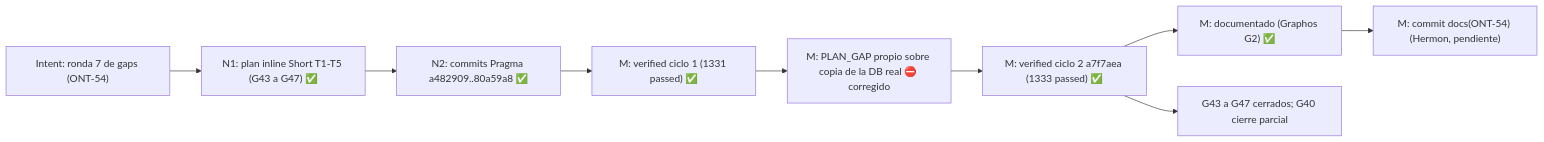
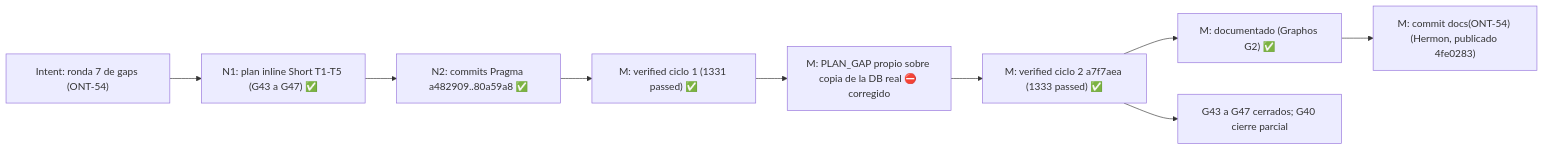
Diagram 17 of 25 in docs/MILESTONES.md (ancrz/agent-execution-plane), drawn with Mermaid before and after one commit. The commit also changed other lines of this file and 5 other files, not shown here.

````diff
--- a/docs/MILESTONES.md
+++ b/docs/MILESTONES.md
@@ -623,11 +623,11 @@
 ```mermaid
 flowchart LR
     I21["Intent: ronda 7 de gaps (ONT-54)"] --> N1["N1: plan inline Short T1-T5 (G43 a G47) ✅"]
     N1 --> N2["N2: commits Pragma a482909..80a59a8 ✅"]
     N2 --> V1["M: verified ciclo 1 (1331 passed) ✅"]
     V1 --> P1["M: PLAN_GAP propio sobre copia de la DB real ⛔ corregido"]
     P1 --> V2["M: verified ciclo 2 a7f7aea (1333 passed) ✅"]
     V2 --> D21["M: documentado (Graphos G2) ✅"]
-    D21 --> H21["M: commit docs(ONT-54) (Hermon, pendiente)"]
+    D21 --> H21["M: commit docs(ONT-54) (Hermon, publicado 4fe0283)"]
     V2 --> G21["G43 a G47 cerrados; G40 cierre parcial"]
 ```
````
